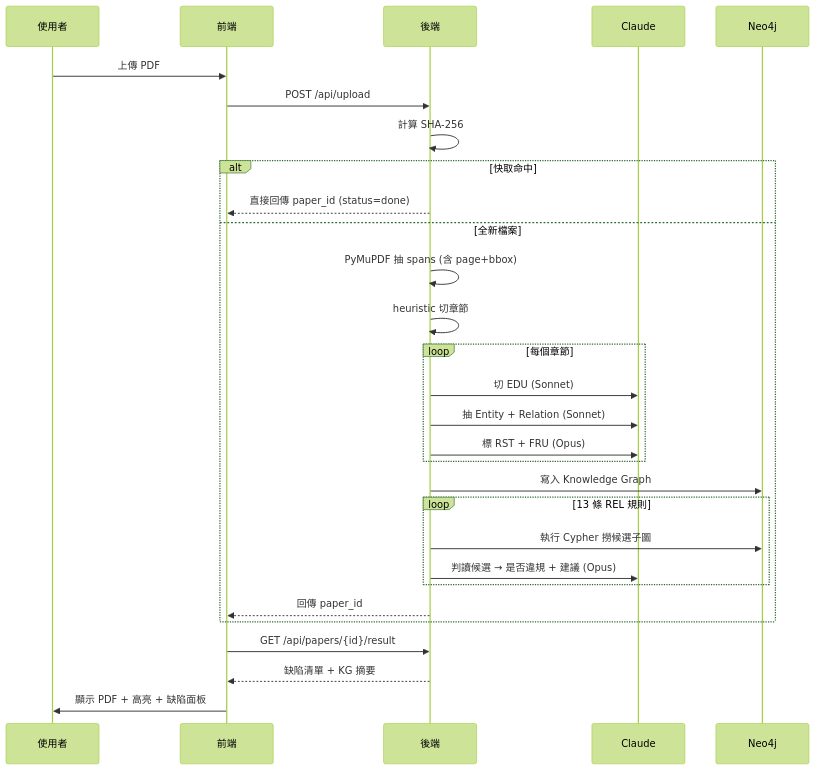
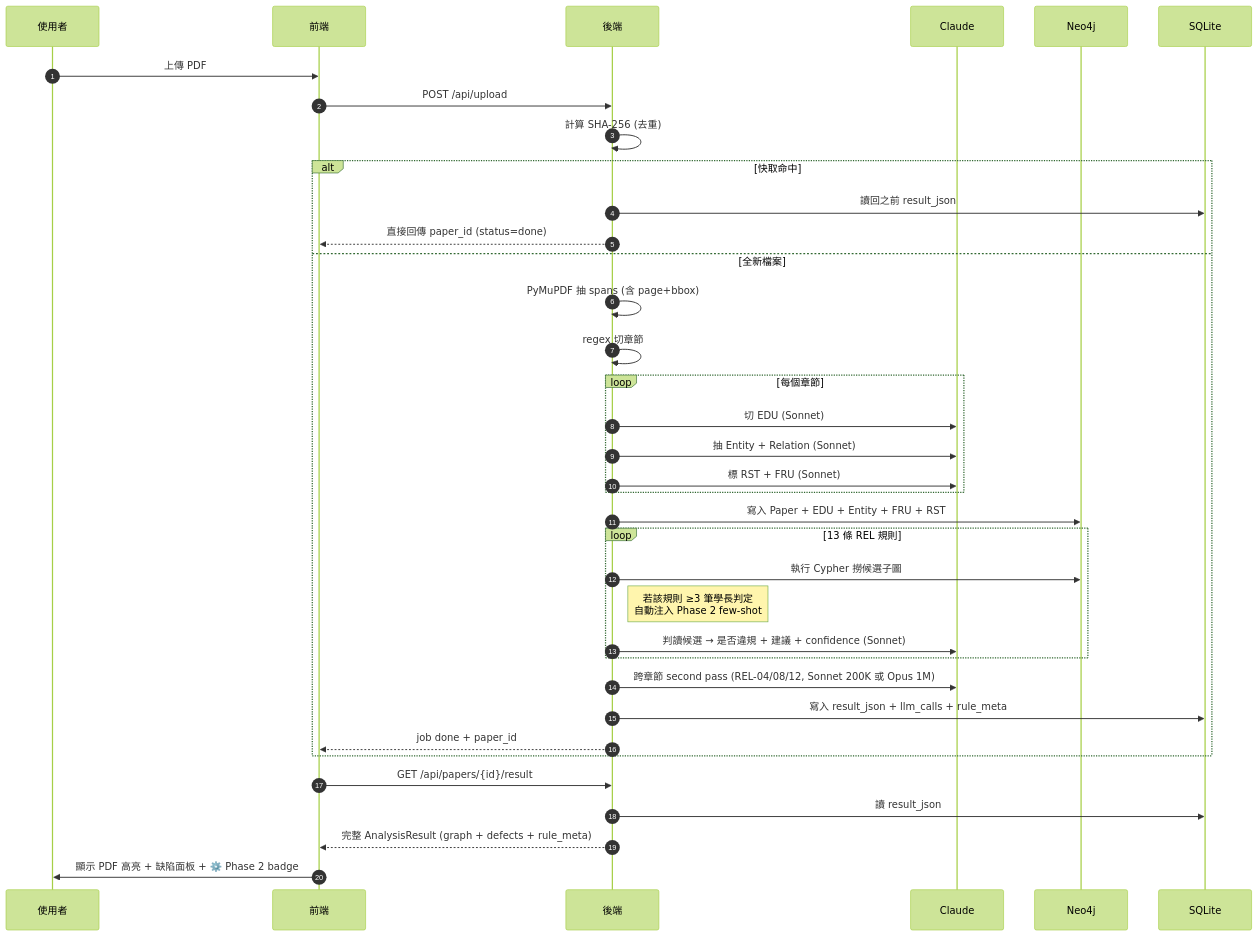
One commit to Thomas85198/thesis_llm changed the second of 7 diagrams in docs/SYSTEM.md. Above: the diagram before and after it, drawn with Mermaid (forest theme). The commit also changed other lines of this file and 18 other files, not shown here.

````diff
--- a/docs/SYSTEM.md
+++ b/docs/SYSTEM.md
@@ -73,32 +75,39 @@
 ```mermaid
 sequenceDiagram
+    autonumber
     participant U as 使用者
     participant F as 前端
     participant B as 後端
     participant L as Claude
     participant N as Neo4j
+    participant S as SQLite
 
     U->>F: 上傳 PDF
     F->>B: POST /api/upload
-    B->>B: 計算 SHA-256
+    B->>B: 計算 SHA-256 (去重)
     alt 快取命中
+        B->>S: 讀回之前 result_json
         B-->>F: 直接回傳 paper_id (status=done)
     else 全新檔案
         B->>B: PyMuPDF 抽 spans (含 page+bbox)
-        B->>B: heuristic 切章節
+        B->>B: regex 切章節
         loop 每個章節
             B->>L: 切 EDU (Sonnet)
             B->>L: 抽 Entity + Relation (Sonnet)
-            B->>L: 標 RST + FRU (Opus)
+            B->>L: 標 RST + FRU (Sonnet)
         end
-        B->>N: 寫入 Knowledge Graph
+        B->>N: 寫入 Paper + EDU + Entity + FRU + RST
         loop 13 條 REL 規則
             B->>N: 執行 Cypher 撈候選子圖
-            B->>L: 判讀候選 → 是否違規 + 建議 (Opus)
+            Note right of B: 若該規則 ≥3 筆學長判定<br/>自動注入 Phase 2 few-shot
+            B->>L: 判讀候選 → 是否違規 + 建議 + confidence (Sonnet)
         end
-        B-->>F: 回傳 paper_id
+        B->>L: 跨章節 second pass (REL-04/08/12, Sonnet 200K 或 Opus 1M)
+        B->>S: 寫入 result_json + llm_calls + rule_meta
+        B-->>F: job done + paper_id
     end
     F->>B: GET /api/papers/{id}/result
-    B-->>F: 缺陷清單 + KG 摘要
-    F->>U: 顯示 PDF + 高亮 + 缺陷面板
+    B->>S: 讀 result_json
+    B-->>F: 完整 AnalysisResult (graph + defects + rule_meta)
+    F->>U: 顯示 PDF 高亮 + 缺陷面板 + ⚙️ Phase 2 badge
 ```
````
